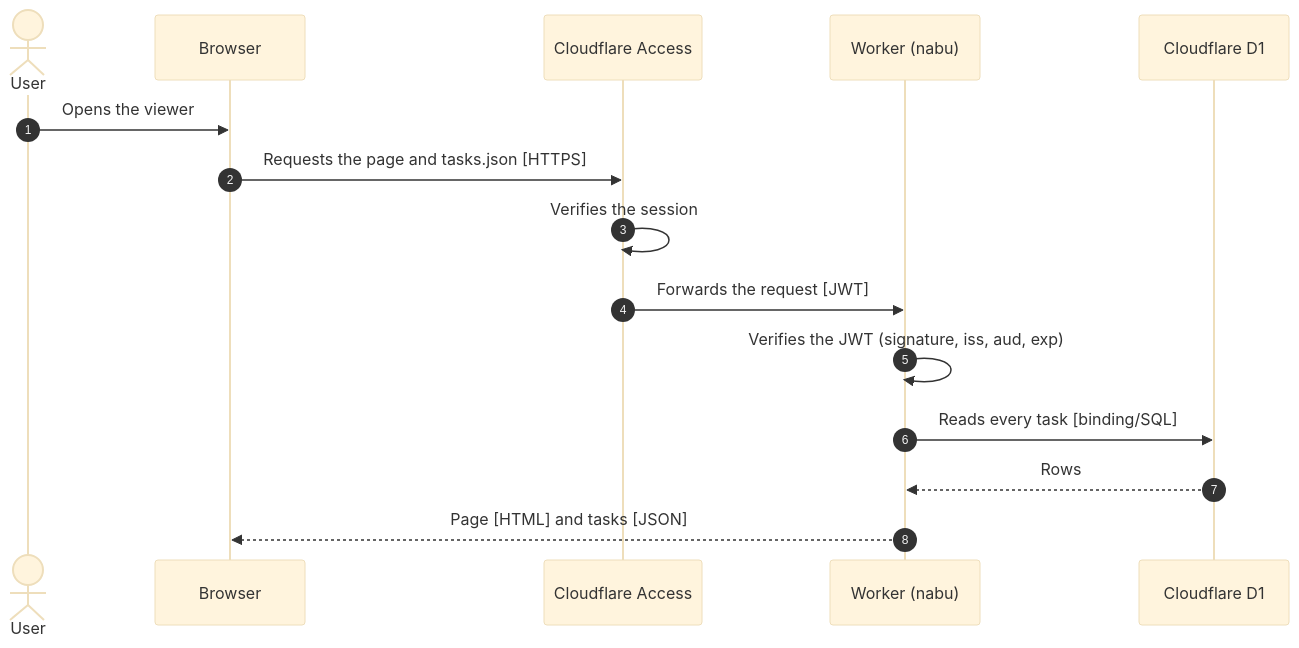
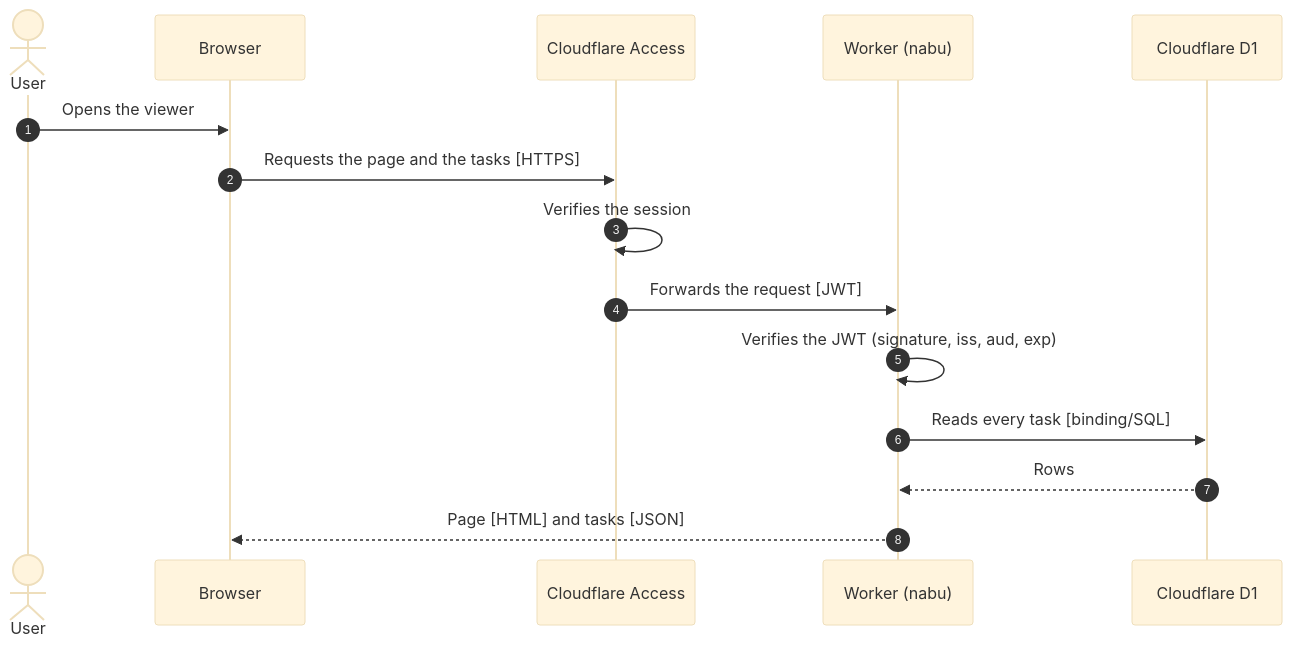
One commit to gitt510/nabu changed the second of 3 diagrams in docs/architecture.md. Above: the diagram before and after it, drawn with Mermaid (base theme). The commit also changed 12 other files, not shown here.

````diff
--- a/docs/architecture.md
+++ b/docs/architecture.md
@@ -31,18 +31,18 @@
 ```mermaid
 sequenceDiagram
   autonumber
   actor User
   participant Browser
   participant Access as Cloudflare Access
   participant Worker as Worker (nabu)
   participant D1 as Cloudflare D1
 
   User->>Browser: Opens the viewer
-  Browser->>Access: Requests the page and tasks.json [HTTPS]
+  Browser->>Access: Requests the page and the tasks [HTTPS]
   Access->>Access: Verifies the session
   Access->>Worker: Forwards the request [JWT]
   Worker->>Worker: Verifies the JWT (signature, iss, aud, exp)
   Worker->>D1: Reads every task [binding/SQL]
   D1-->>Worker: Rows
   Worker-->>Browser: Page [HTML] and tasks [JSON]
 ```
````
